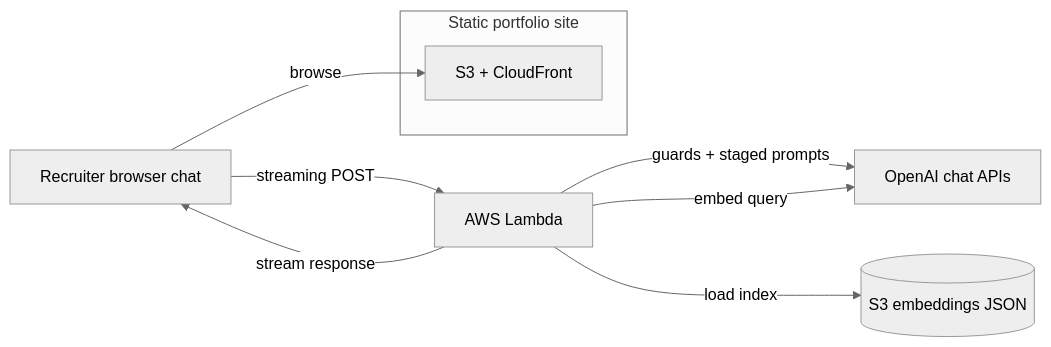
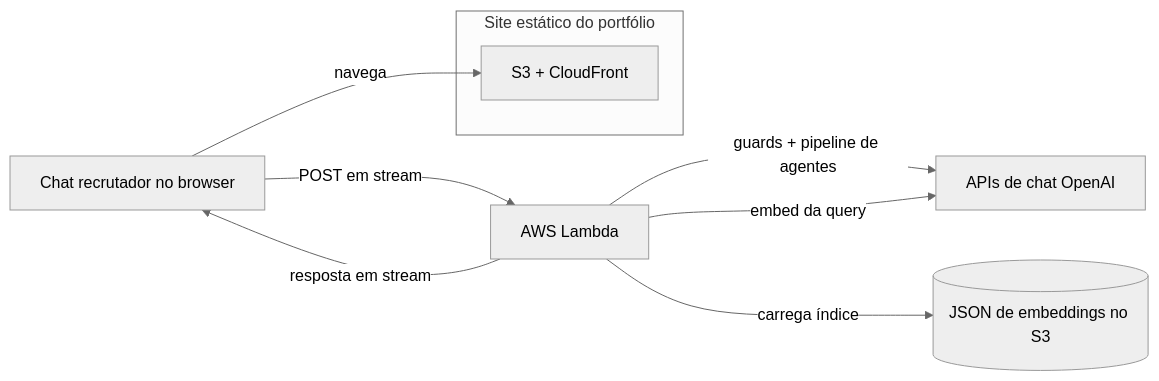
Before and after one commit to danielmunafo/danieltostes.com: the first of 2 diagrams in public/content/experience/danieltostes-com/pt-BR.md, drawn with Mermaid (neutral theme). The commit also changed other lines of this file and 38 other files, not shown here.

First line of the commit message:
refactor(recruiter-assistant-api): split pipeline into topic agents

````diff
--- a/public/content/experience/danieltostes-com/pt-BR.md
+++ b/public/content/experience/danieltostes-com/pt-BR.md
@@ -24,14 +26,14 @@
 ```mermaid
 flowchart LR
-    User[Recruiter browser chat] -->|streaming POST| Lambda[AWS Lambda]
-    Lambda -->|guards + staged prompts| OpenAI[OpenAI chat APIs]
-    Lambda -->|embed query| OpenAI
-    Lambda -->|load index| S3[(S3 embeddings JSON)]
-    Lambda -->|stream response| User
+    User[Chat recrutador no browser] -->|POST em stream| Lambda[AWS Lambda]
+    Lambda -->|guards + pipeline de agentes| OpenAI[APIs de chat OpenAI]
+    Lambda -->|embed da query| OpenAI
+    Lambda -->|carrega índice| S3[(JSON de embeddings no S3)]
+    Lambda -->|resposta em stream| User
 
-    subgraph StaticSite[Static portfolio site]
+    subgraph StaticSite[Site estático do portfólio]
         Site[S3 + CloudFront]
     end
 
-    User -->|browse| Site
+    User -->|navega| Site
 ```
````
